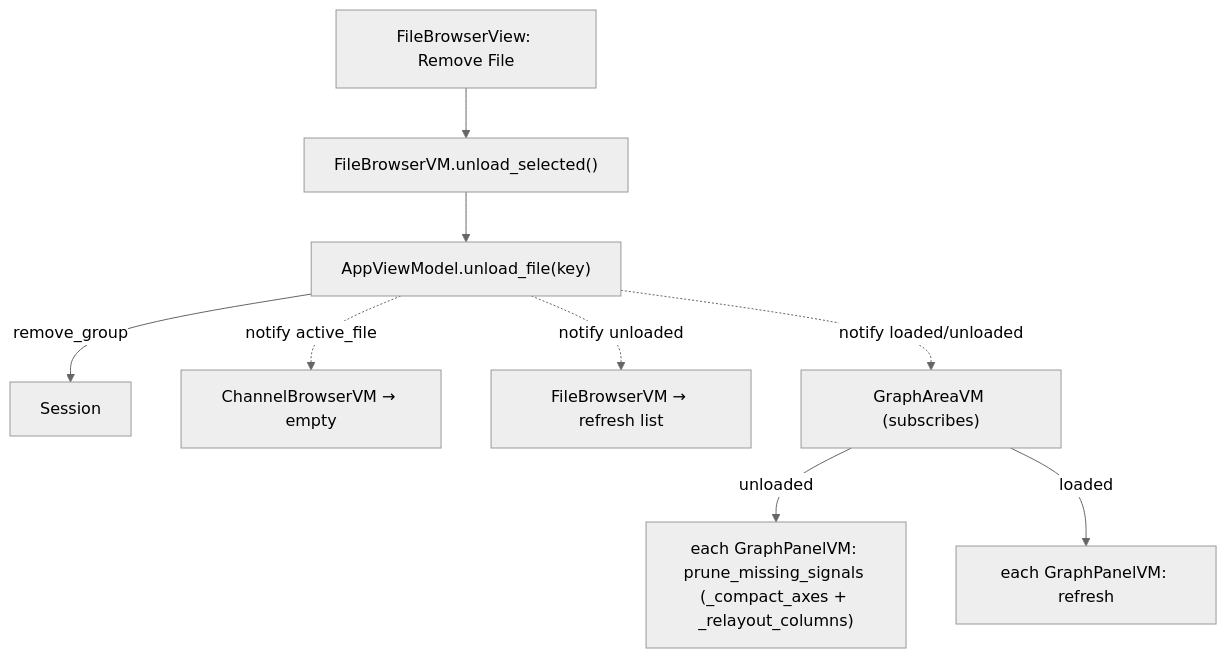
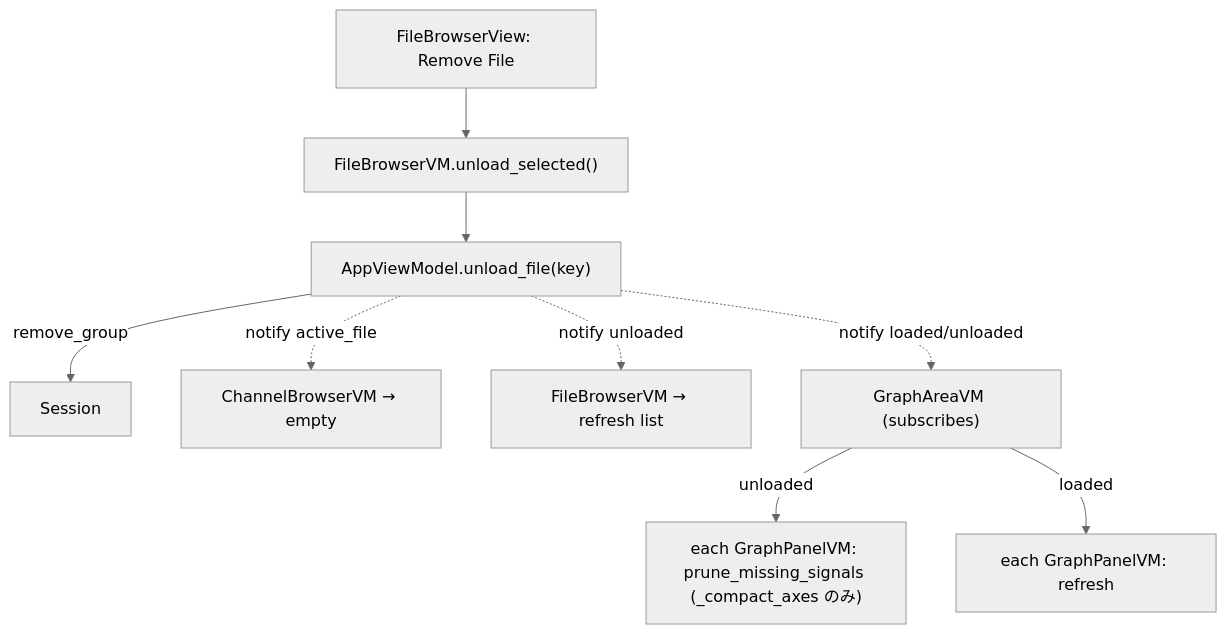
One commit to tsuru0413/valisync changed the second of 2 diagrams in .kiro/specs/valisync-gui-file-browser/design.md. Above: the diagram before and after it, drawn with Mermaid (neutral theme). The commit also changed other lines of this file and 6 other files, not shown here.

````diff
--- a/.kiro/specs/valisync-gui-file-browser/design.md
+++ b/.kiro/specs/valisync-gui-file-browser/design.md
@@ -171,11 +171,11 @@
 ```mermaid
 graph TD
     CtxMenu["FileBrowserView: Remove File"] --> FBVM["FileBrowserVM.unload_selected()"]
     FBVM --> AppVM["AppViewModel.unload_file(key)"]
     AppVM -->|remove_group| Session[Session]
     AppVM -. notify active_file .-> CBVM[ChannelBrowserVM → empty]
     AppVM -. notify unloaded .-> FBVM2[FileBrowserVM → refresh list]
     AppVM -. notify loaded/unloaded .-> GAVM["GraphAreaVM (subscribes)"]
-    GAVM -->|unloaded| GPVM["each GraphPanelVM: prune_missing_signals (_compact_axes + _relayout_columns)"]
+    GAVM -->|unloaded| GPVM["each GraphPanelVM: prune_missing_signals (_compact_axes のみ)"]
     GAVM -->|loaded| GPVM2["each GraphPanelVM: refresh"]
 ```
````
